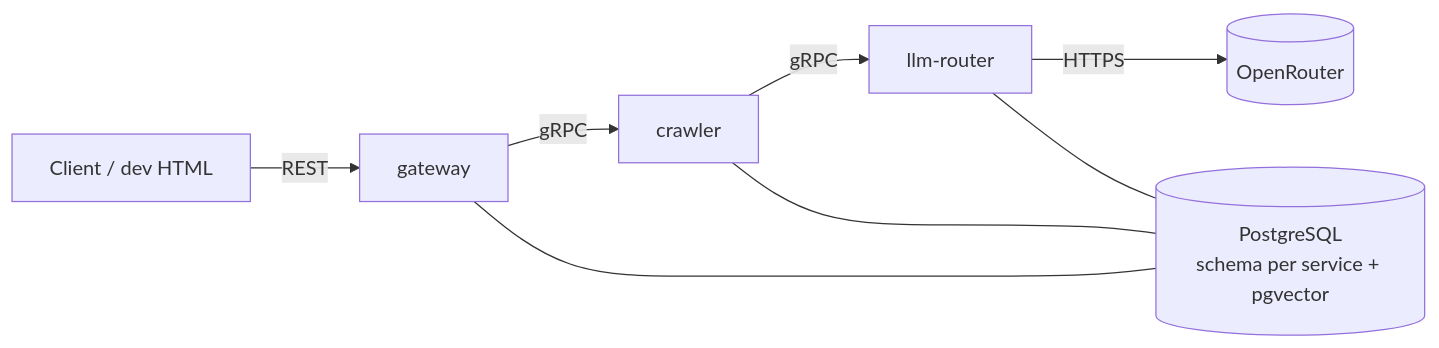
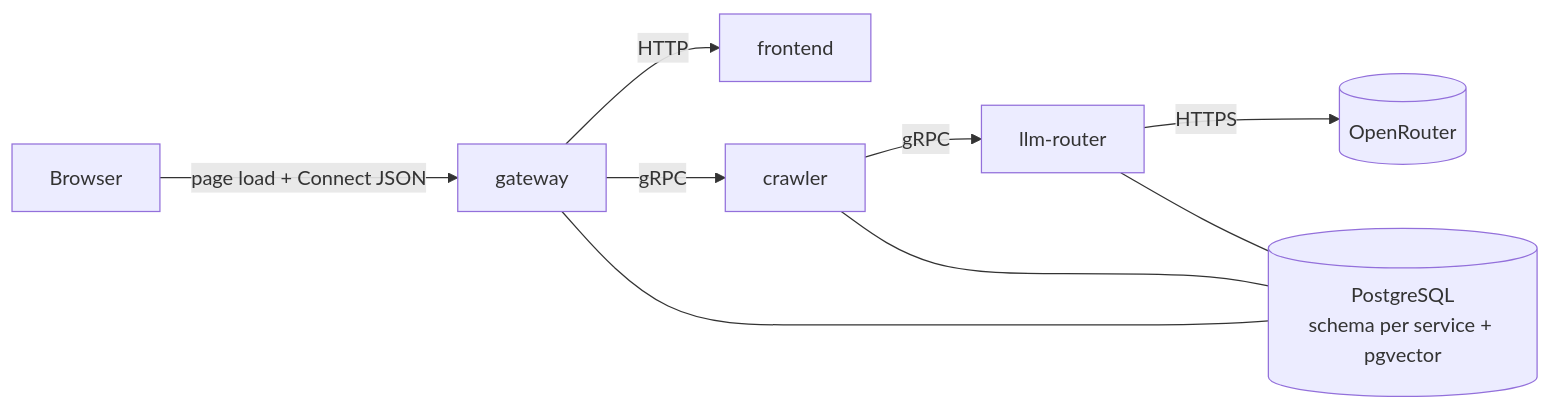
One commit to er-zhi/ai-engineering-boilerplate changed the diagram in README.md. Above: the diagram before and after it, drawn with Mermaid. The commit also changed other lines of this file and 40 other files, not shown here.

First line of the commit message:
Add crawler, gateway, and frontend services with real crawling

````diff
--- a/README.md
+++ b/README.md
@@ -21,10 +24,11 @@
 ```mermaid
 flowchart LR
-  client["Client / dev HTML"] -->|REST| gateway
+  browser["Browser"] -->|"page load + Connect JSON"| gateway
+  gateway -->|HTTP| frontend
   gateway -->|gRPC| crawler
   crawler -->|gRPC| llm["llm-router"]
   llm -->|HTTPS| openrouter[("OpenRouter")]
   gateway --- pg[("PostgreSQL<br/>schema per service + pgvector")]
   crawler --- pg
   llm --- pg
 ```
````
